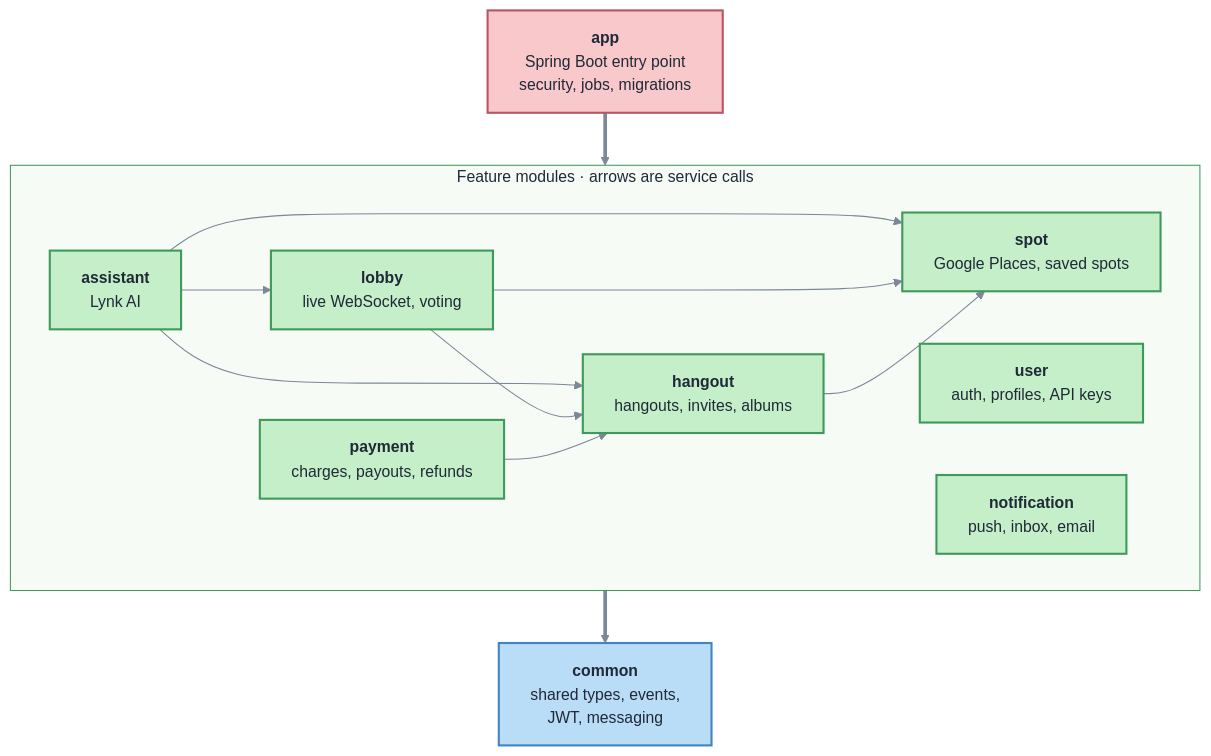
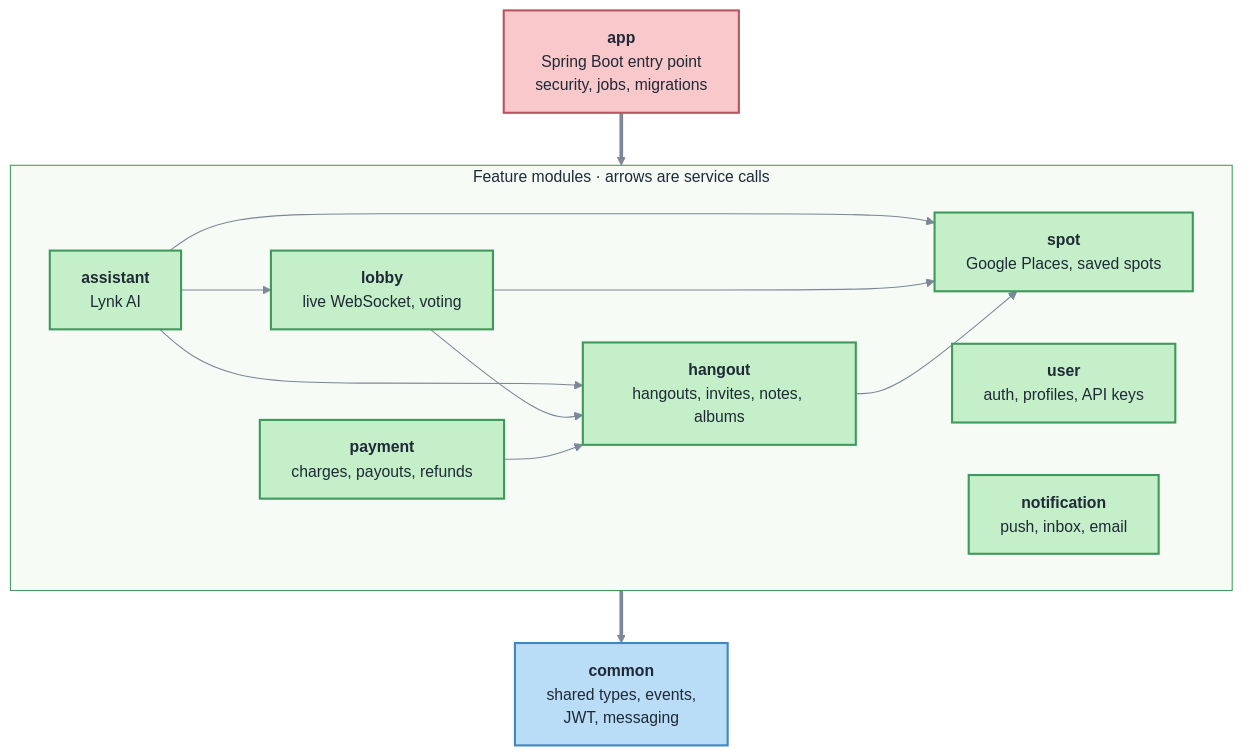
The second of 7 diagrams in README.md (EEseka/lynk-api), drawn with Mermaid before and after one commit. The commit also changed other lines of this file, not shown here.

````diff
--- a/README.md
+++ b/README.md
@@ -133,36 +134,36 @@
 ```mermaid
 %%{init: {"theme": "base", "themeVariables": {"fontFamily": "-apple-system, BlinkMacSystemFont, Segoe UI, Helvetica, Arial, sans-serif", "fontSize": "15px", "primaryColor": "#C4EFC9", "primaryTextColor": "#1F2937", "primaryBorderColor": "#3E9A5B", "lineColor": "#7C8798", "clusterBkg": "#F6FBF6", "clusterBorder": "#3E9A5B", "titleColor": "#1F2937"}}}%%
 flowchart TB
     APP["<b>app</b><br/>Spring Boot entry point<br/>security, jobs, migrations"]
 
     subgraph MODULES ["Feature modules · arrows are service calls"]
         direction LR
         AI["<b>assistant</b><br/>Lynk AI"]
         LOBBY["<b>lobby</b><br/>live WebSocket, voting"]
         PAYMENT["<b>payment</b><br/>charges, payouts, refunds"]
-        HANGOUT["<b>hangout</b><br/>hangouts, invites, albums"]
+        HANGOUT["<b>hangout</b><br/>hangouts, invites, notes, albums"]
         SPOT["<b>spot</b><br/>Google Places, saved spots"]
         USER["<b>user</b><br/>auth, profiles, API keys"]
         NOTIF["<b>notification</b><br/>push, inbox, email"]
 
         AI --> LOBBY
         AI --> HANGOUT
         AI --> SPOT
         LOBBY --> HANGOUT
         LOBBY --> SPOT
         PAYMENT --> HANGOUT
         HANGOUT --> SPOT
     end
 
     COMMON["<b>common</b><br/>shared types, events,<br/>JWT, messaging"]
 
     APP ==> MODULES
     MODULES ==> COMMON
 
     classDef app fill:#F8C8CB,stroke:#B85560,color:#1F2937,stroke-width:2px
     classDef common fill:#B9DCF7,stroke:#3F86C2,color:#1F2937,stroke-width:2px
     classDef unit fill:#C4EFC9,stroke:#3E9A5B,color:#1F2937,stroke-width:2px
     class APP app
     class COMMON common
     class USER,NOTIF,AI,PAYMENT,LOBBY,HANGOUT,SPOT unit
 ```
````
